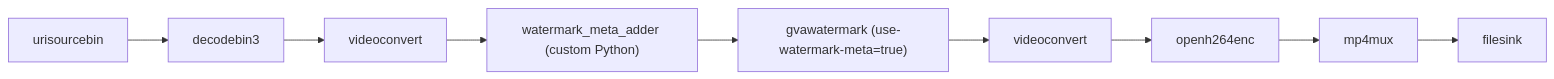
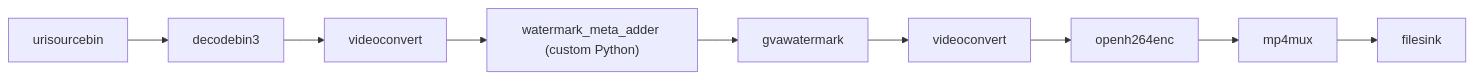
Before and after one commit to open-edge-platform/dlstreamer: the diagram in samples/gstreamer/python/watermark_meta/README.md, drawn with Mermaid. The commit also changed other lines of this file and 6 other files, not shown here.

Commit message:
delete use-watermark-meta property

````diff
--- a/samples/gstreamer/python/watermark_meta/README.md
+++ b/samples/gstreamer/python/watermark_meta/README.md
@@ -11,11 +10,11 @@
 ```mermaid
 graph LR
     A["urisourcebin"] --> B["decodebin3"]
     B --> C["videoconvert"]
     C --> D["watermark_meta_adder (custom Python)"]
-    D --> E["gvawatermark (use-watermark-meta=true)"]
+    D --> E["gvawatermark"]
     E --> F["videoconvert"]
     F --> G["openh264enc"]
     G --> H["mp4mux"]
     H --> I["filesink"]
 ```
````
